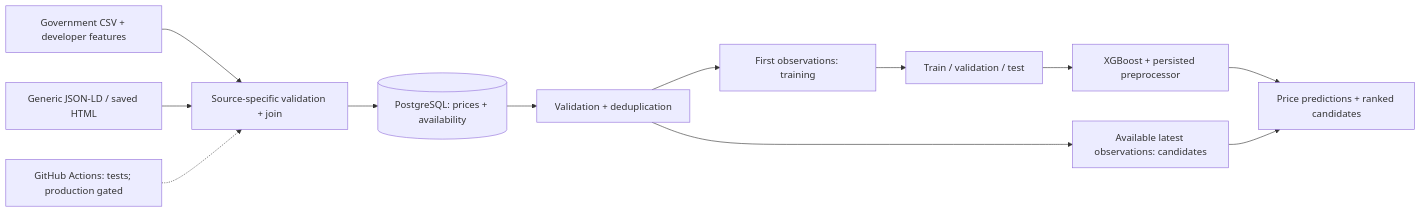
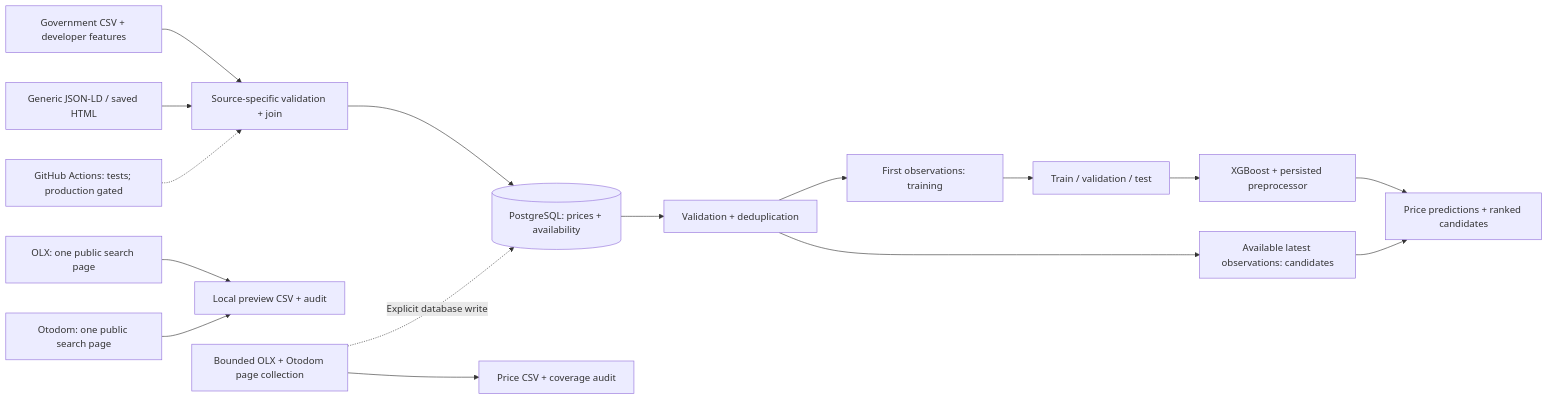
One commit to filip-skopczynski/real-estate-mlops changed the diagram in README.md. Above: the diagram before and after it, drawn with Mermaid. The commit also changed other lines of this file and 23 other files, not shown here.

````diff
--- a/README.md
+++ b/README.md
@@ -9,14 +9,18 @@
 ```mermaid
 flowchart LR
     A[Government CSV + developer features] --> B[Source-specific validation + join]
     K[Generic JSON-LD / saved HTML] --> B
     B --> C[(PostgreSQL: prices + availability)]
     C --> D[Validation + deduplication]
     D --> E[First observations: training]
     D --> F[Available latest observations: candidates]
     E --> G[Train / validation / test]
     G --> H[XGBoost + persisted preprocessor]
     H --> I[Price predictions + ranked candidates]
     F --> I
     J[GitHub Actions: tests; production gated] -.-> B
+    L[OLX: one public search page] --> M[Local preview CSV + audit]
+    N[Otodom: one public search page] --> M
+    O[Bounded OLX + Otodom page collection] --> P[Price CSV + coverage audit]
+    O -.->|Explicit database write| C
 ```
````
